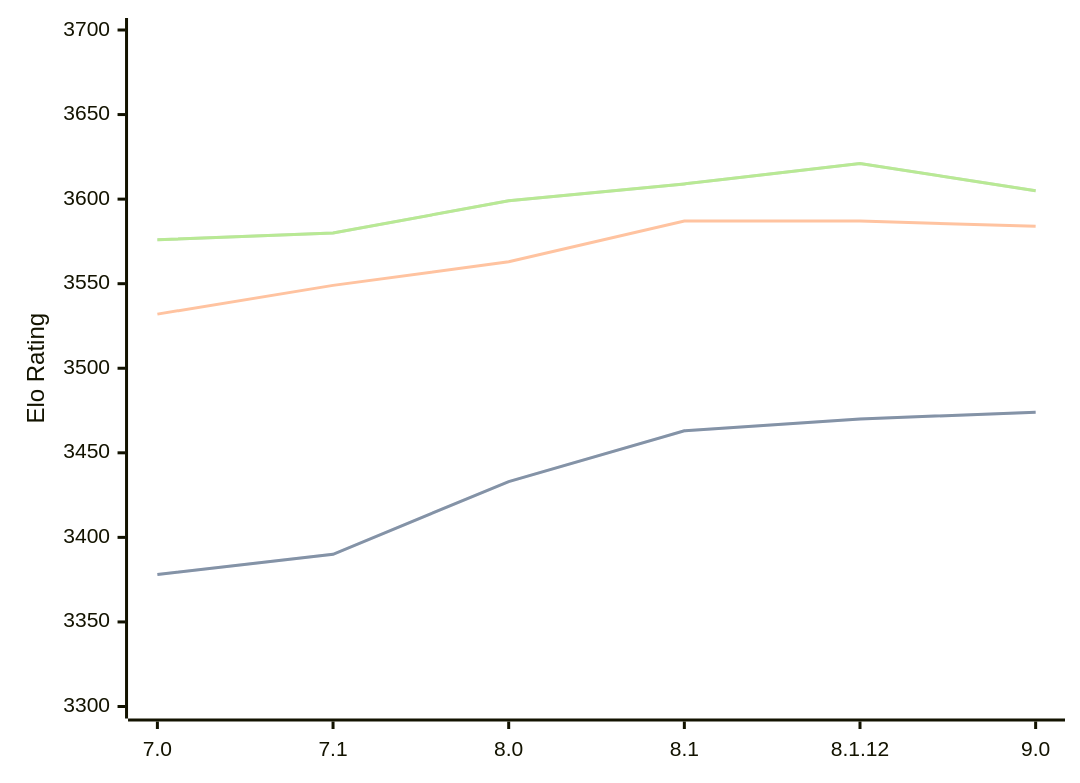
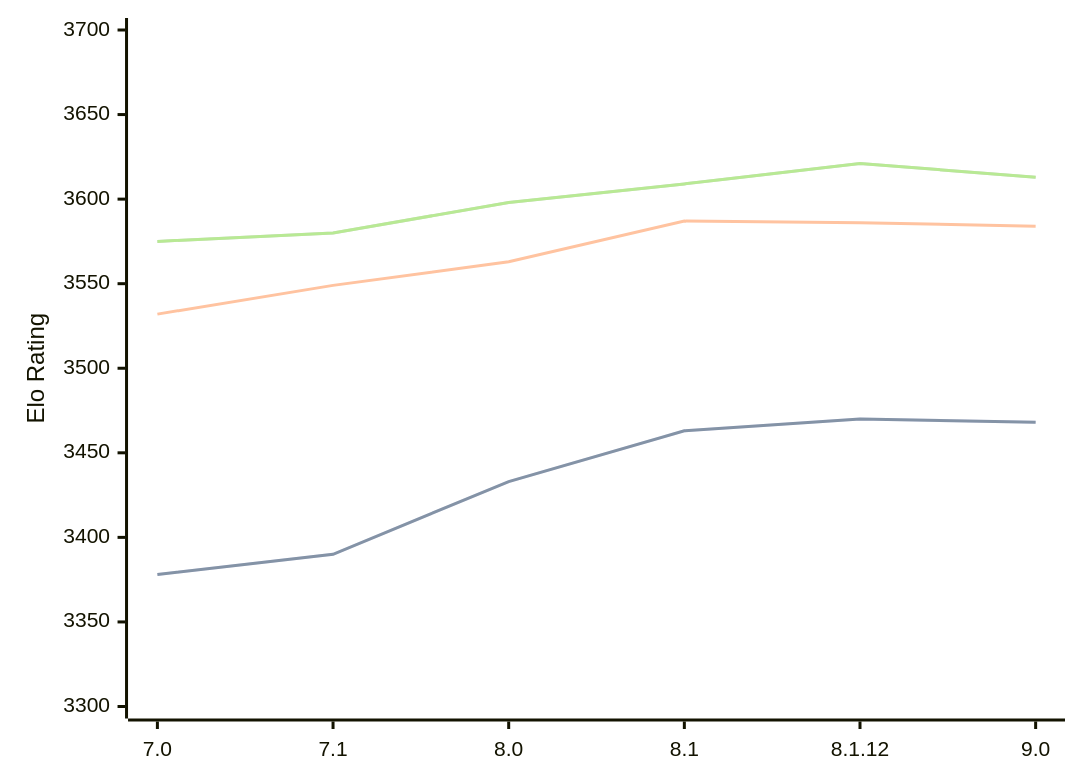
The diagram in engines/Alexandria.md (computer-chess-index/cci), drawn with Mermaid before and after one commit. The commit also changed other lines of this file, not shown here.

Commit message:
Update CCI Ratings (ELO VLTC) - 2026-03-03

````diff
--- a/engines/Alexandria.md
+++ b/engines/Alexandria.md
@@ -53,11 +53,11 @@
 ```mermaid
 %%{init: {"theme":"base","themeVariables":{"seriesColors:['#a3a3a3','#222221','#faa371']}}}%%
 xychart-beta
   x-axis ["7.0", "7.1", "8.0", "8.1", "8.1.12", "9.0"]
   y-axis "Elo Rating" 3300 --> 3700
-  line "STC (8.0+0.08s)" [3378, 3390, 3433, 3463, 3470, 3474]
-  line "STC (8.0+0.08s)" [3378, 3390, 3433, 3463, 3470, 3474]
-  line "LTC (60.0+0.60s)" [3532, 3549, 3563, 3587, 3587, 3584]
-  line "VLTC (2m24s+1.12s)" [3576, 3580, 3599, 3609, 3621, 3605]
-  line "VLTC (2m24s+1.12s)" [3576, 3580, 3599, 3609, 3621, 3605]
+  line "STC (8.0+0.08s)" [3378, 3390, 3433, 3463, 3470, 3468]
+  line "STC (8.0+0.08s)" [3378, 3390, 3433, 3463, 3470, 3468]
+  line "LTC (60.0+0.60s)" [3532, 3549, 3563, 3587, 3586, 3584]
+  line "VLTC (2m24s+1.12s)" [3575, 3580, 3598, 3609, 3621, 3613]
+  line "VLTC (2m24s+1.12s)" [3575, 3580, 3598, 3609, 3621, 3613]
 ```
````
